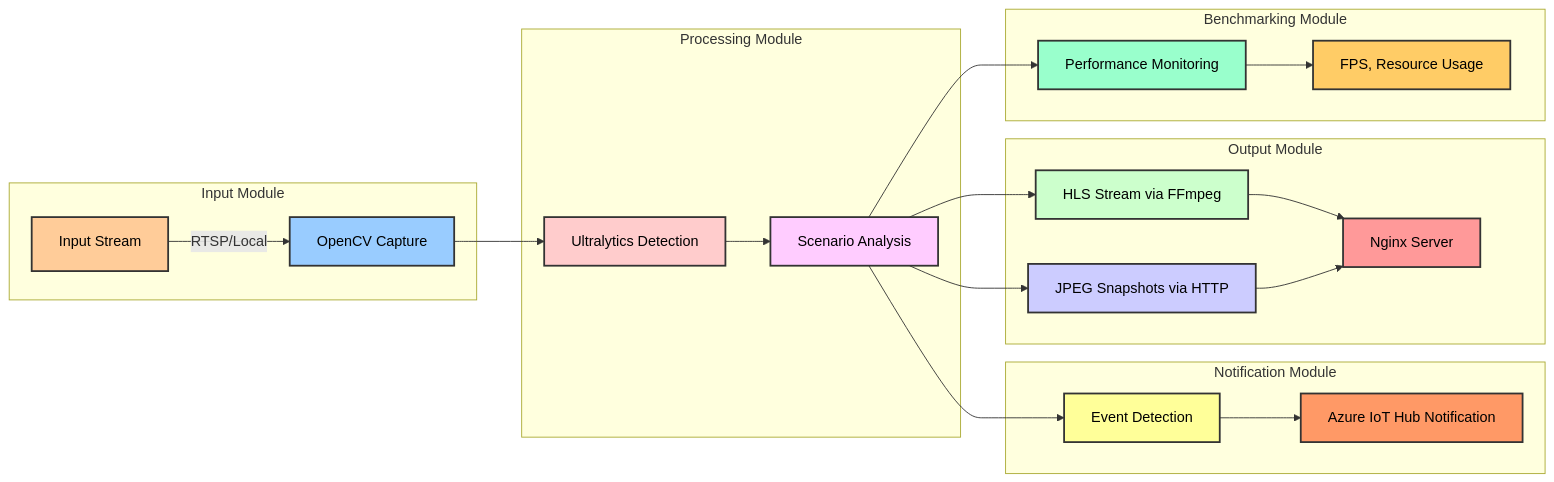
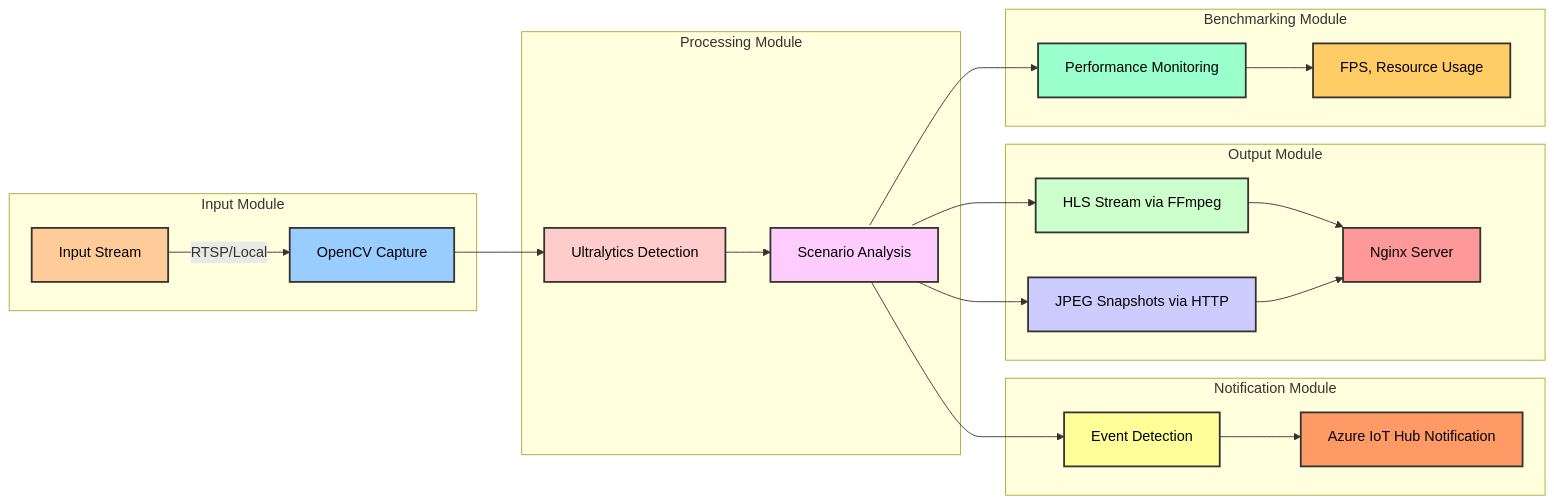
One commit to Insielspa/test changed the diagram in Writerside/topics/General-architecture.md. Above: the diagram before and after it, drawn with Mermaid. The commit also changed 51 other files, not shown here.

````diff
--- a/Writerside/topics/General-architecture.md
+++ b/Writerside/topics/General-architecture.md
@@ -41,40 +41,40 @@
 ```mermaid
 graph LR
    subgraph Input Module
       A[Input Stream] -->|RTSP/Local| B[OpenCV Capture]
    end
 
    subgraph Processing Module
       B --> C[Ultralytics Detection]
       C --> D[Scenario Analysis]
    end
 
    subgraph Notification Module
       D --> E[Event Detection]
       E --> F[Azure IoT Hub Notification]
    end
 
    subgraph Output Module
       D --> G[HLS Stream via FFmpeg]
       D --> H[JPEG Snapshots via HTTP]
       G --> I[Nginx Server]
       H --> I[Nginx Server]
    end
 
    subgraph Benchmarking Module
       D --> J[Performance Monitoring]
       J --> K[FPS, Resource Usage]
    end
 
 style A fill:#ffcc99,stroke:#333,stroke-width:2px,color:#000,height:60
-style B fill:#99ccff,stroke:#333,stroke-width:2px,color:#000
-style C fill:#ffcccc,stroke:#333,stroke-width:2px,color:#000
-style D fill:#ffccff,stroke:#333,stroke-width:2px,color:#000
-style E fill:#ffff99,stroke:#333,stroke-width:2px,color:#000
-style F fill:#ff9966,stroke:#333,stroke-width:2px,color:#000
-style G fill:#ccffcc,stroke:#333,stroke-width:2px,color:#000
-style H fill:#ccccff,stroke:#333,stroke-width:2px,color:#000
-style I fill:#ff9999,stroke:#333,stroke-width:2px,color:#000
-style J fill:#99ffcc,stroke:#333,stroke-width:2px,color:#000
-style K fill:#ffcc66,stroke:#333,stroke-width:2px,color:#000
+style B fill:#99ccff,stroke:#333,stroke-width:2px,color:#000,height:60
+style C fill:#ffcccc,stroke:#333,stroke-width:2px,color:#000,height:60
+style D fill:#ffccff,stroke:#333,stroke-width:2px,color:#000,height:60
+style E fill:#ffff99,stroke:#333,stroke-width:2px,color:#000,height:60
+style F fill:#ff9966,stroke:#333,stroke-width:2px,color:#000,height:60
+style G fill:#ccffcc,stroke:#333,stroke-width:2px,color:#000,height:60
+style H fill:#ccccff,stroke:#333,stroke-width:2px,color:#000,height:60
+style I fill:#ff9999,stroke:#333,stroke-width:2px,color:#000,height:60
+style J fill:#99ffcc,stroke:#333,stroke-width:2px,color:#000,height:60
+style K fill:#ffcc66,stroke:#333,stroke-width:2px,color:#000,height:60
 ```
````
